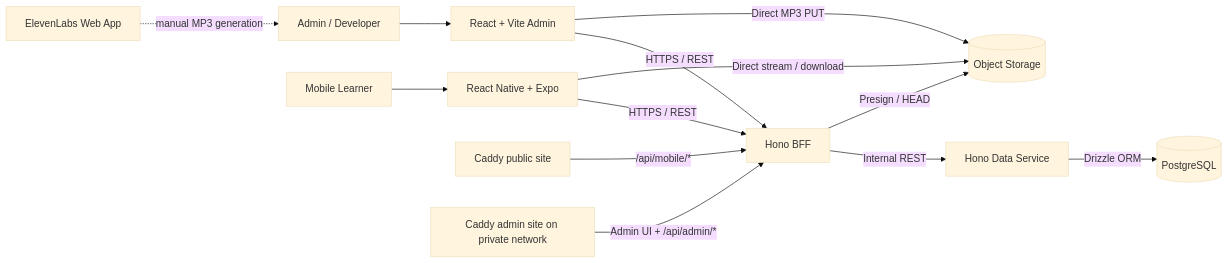
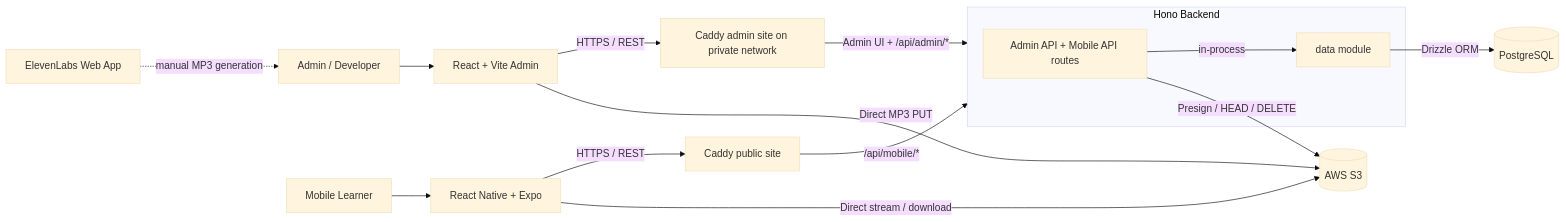
The second of 3 diagrams in docs/product/poc-context.md (CannyBoiz/ez-dk-citizen), drawn with Mermaid (base theme) before and after one commit. The commit also changed other lines of this file and 180 other files, not shown here.

````diff
--- a/docs/product/poc-context.md
+++ b/docs/product/poc-context.md
@@ -836,20 +855,21 @@
 ```mermaid
 flowchart LR
     Admin[Admin / Developer] --> Web[React + Vite Admin]
     Learner[Mobile Learner] --> Mobile[React Native + Expo]
 
-    Web -->|HTTPS / REST| BFF[Hono BFF]
-    Mobile -->|HTTPS / REST| BFF
+    subgraph Backend[Hono Backend]
+        Routes[Admin API + Mobile API routes] -->|in-process| DataModule[data module]
+    end
+    DataModule -->|Drizzle ORM| DB[(PostgreSQL)]
 
-    BFF -->|Internal REST| Data[Hono Data Service]
-    Data -->|Drizzle ORM| DB[(PostgreSQL)]
+    Web -->|HTTPS / REST| AdminSite[Caddy admin site on private network]
+    Mobile -->|HTTPS / REST| Caddy[Caddy public site]
+    Caddy -->|/api/mobile/*| Backend
+    AdminSite -->|Admin UI + /api/admin/*| Backend
 
-    BFF -->|Presign / HEAD| Storage[(Object Storage)]
+    Routes -->|Presign / HEAD / DELETE| Storage[(AWS S3)]
     Web -->|Direct MP3 PUT| Storage
     Mobile -->|Direct stream / download| Storage
 
     Eleven[ElevenLabs Web App] -. manual MP3 generation .-> Admin
-
-    Caddy[Caddy public site] -->|/api/mobile/*| BFF
-    AdminSite[Caddy admin site on private network] -->|Admin UI + /api/admin/*| BFF
 ```
````
